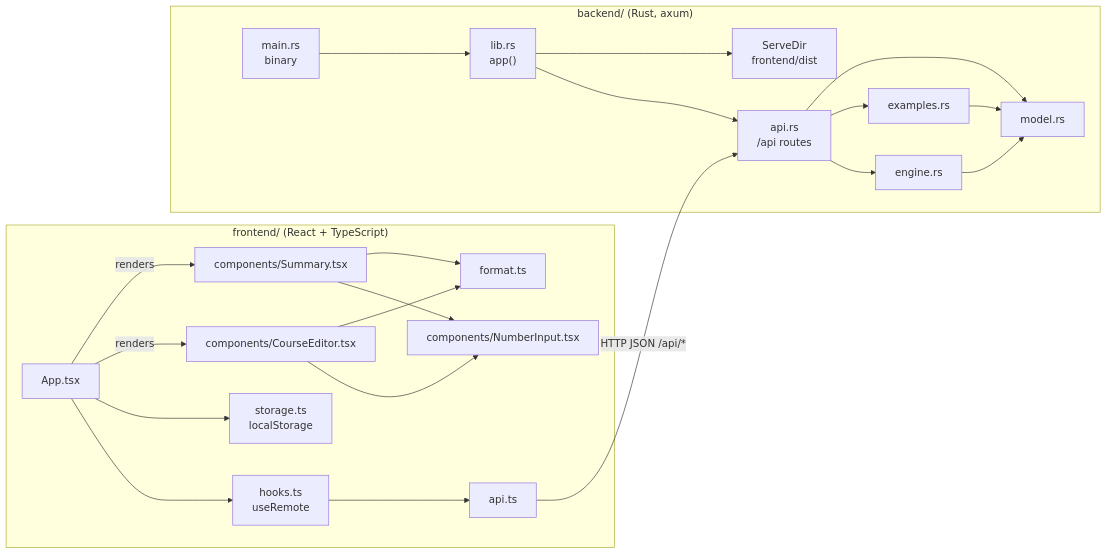
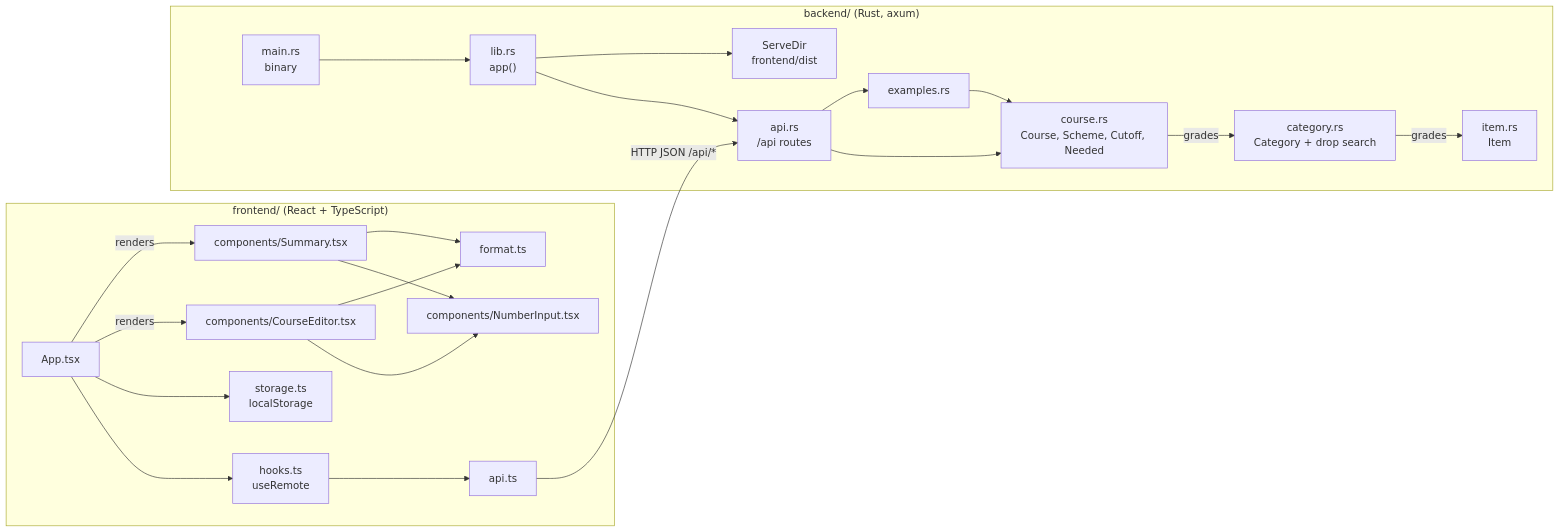
The first of 8 diagrams in docs/uml.md (Patman1O1/grade-calculator), drawn with Mermaid before and after one commit. The commit also changed other lines of this file and 11 other files, not shown here.

First line of the commit message:
Split the grading engine and model into item, category and course modules

````diff
--- a/docs/uml.md
+++ b/docs/uml.md
@@ -20,39 +20,40 @@
 ```mermaid
 flowchart LR
   subgraph browser["frontend/ (React + TypeScript)"]
     App["App.tsx"]
     CourseEditor["components/CourseEditor.tsx"]
     Summary["components/Summary.tsx"]
     NumberInput["components/NumberInput.tsx"]
     hooks["hooks.ts<br/>useRemote"]
     apits["api.ts"]
     storage["storage.ts<br/>localStorage"]
     format["format.ts"]
   end
   subgraph server["backend/ (Rust, axum)"]
     main["main.rs<br/>binary"]
     lib["lib.rs<br/>app()"]
     api["api.rs<br/>/api routes"]
-    engine["engine.rs"]
+    item["item.rs<br/>Item"]
+    category["category.rs<br/>Category + drop search"]
+    course["course.rs<br/>Course, Scheme, Cutoff, Needed"]
     examples["examples.rs"]
-    model["model.rs"]
     static["ServeDir<br/>frontend/dist"]
   end
 
   App --> hooks --> apits
   App --> storage
   App -->|renders| CourseEditor
   App -->|renders| Summary
   CourseEditor --> NumberInput
   Summary --> NumberInput
   CourseEditor --> format
   Summary --> format
   apits -->|"HTTP JSON /api/*"| api
   main --> lib --> api
   lib --> static
-  api --> engine
+  api --> course
   api --> examples
-  engine --> model
-  examples --> model
-  api --> model
+  examples --> course
+  course -->|grades| category
+  category -->|grades| item
 ```
````
